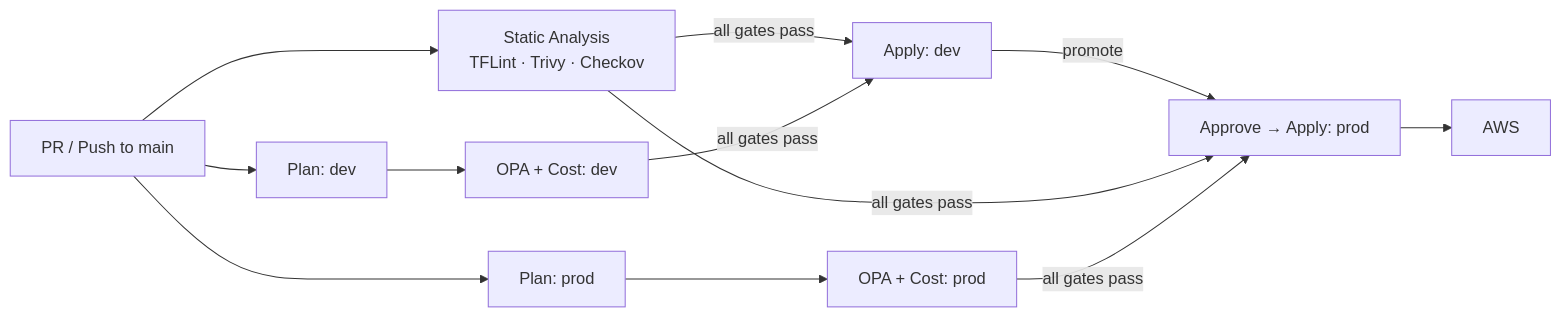
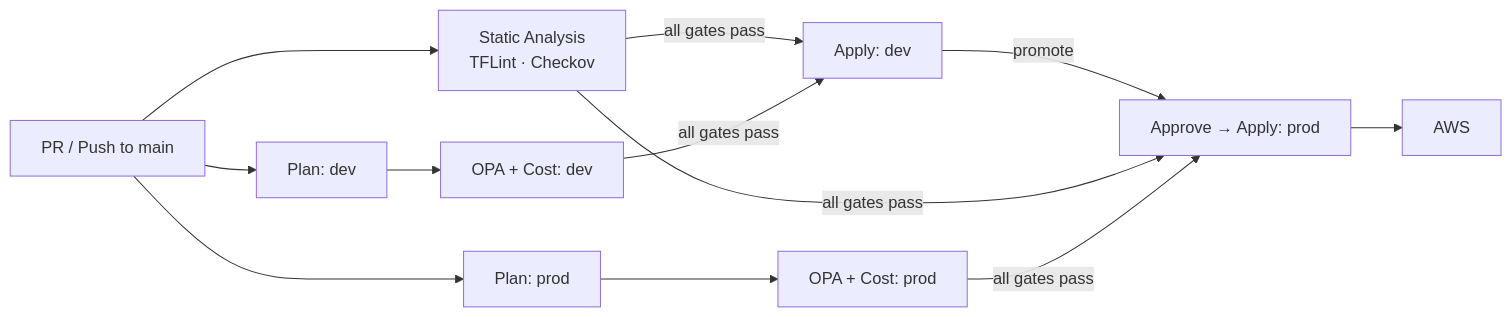
One commit to ok-karthik/enterprise-aws-infrastructure changed the diagram in README.md. Above: the diagram before and after it, drawn with Mermaid. The commit also changed other lines of this file and 55 other files, not shown here.

````diff
--- a/README.md
+++ b/README.md
@@ -60,12 +60,12 @@
 ```mermaid
 graph LR
-    PR["PR / Push to main"] --> SA["Static Analysis\nTFLint · Trivy · Checkov"]
+    PR["PR / Push to main"] --> SA["Static Analysis\nTFLint · Checkov"]
     PR --> PD["Plan: dev"]
     PR --> PP["Plan: prod"]
     PD --> GD["OPA + Cost: dev"]
     PP --> GP["OPA + Cost: prod"]
     SA & GD -->|all gates pass| AD["Apply: dev"]
     AD -->|promote| AP["Approve → Apply: prod"]
     SA & GP -->|all gates pass| AP
     AP --> AWS["AWS"]
 ```
````
